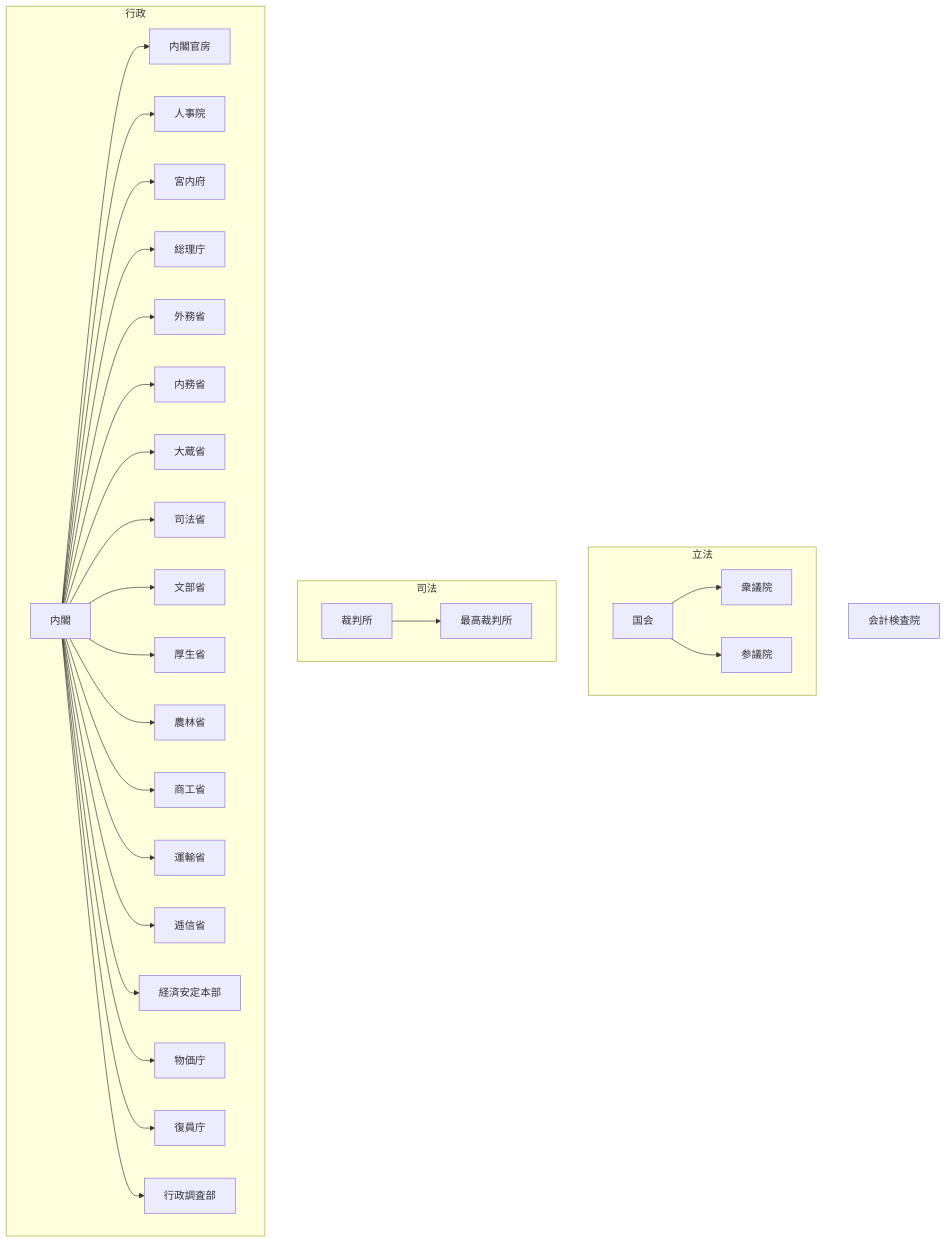
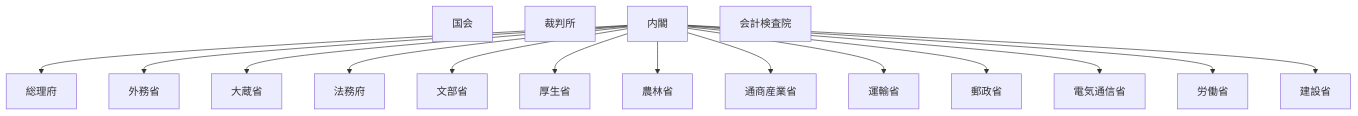
Before and after one commit to tatemaru/jp-admin-org-chart: the diagram in README.md, drawn with Mermaid. The commit also changed other lines of this file, not shown here.

Commit message:
feat(国家行政組織法): 通産省など戦後省庁の骨格を整備
根拠: 国家行政組織法関連再編
施行: 1949-06-01
出典: https://dl.ndl.go.jp/pid/8243529

種別: 再編
備考: 昭和24年再編を代表日付でまとめた概観
備考: Git日付制約のため AuthorDate/CommitDate は 1970-01-02

````diff
--- a/README.md
+++ b/README.md
@@ -9,34 +9,20 @@
 ```mermaid
 flowchart TB
-  subgraph rippo["立法"]
-    Diet["国会"]
-    Diet --> Shugi["衆議院"]
-    Diet --> Sangi["参議院"]
-  end
-  subgraph shihou["司法"]
-    Court["裁判所"]
-    Court --> Saiko["最高裁判所"]
-  end
-  subgraph gyosei["行政"]
-    Cab["内閣"]
-    Cab --> Kanbo["内閣官房"]
-    Cab --> Jinji["人事院"]
-    Cab --> Kunai["宮内府"]
-    Cab --> Soricho["総理庁"]
-    Cab --> Gaimu["外務省"]
-    Cab --> Naimu["内務省"]
-    Cab --> Okura["大蔵省"]
-    Cab --> Shiho["司法省"]
-    Cab --> Mombu["文部省"]
-    Cab --> Kosei["厚生省"]
-    Cab --> Norin["農林省"]
-    Cab --> Shoko["商工省"]
-    Cab --> Unyu["運輸省"]
-    Cab --> Teishin["逓信省"]
-    Cab --> Keizai["経済安定本部"]
-    Cab --> Bukka["物価庁"]
-    Cab --> Fukuin["復員庁"]
-    Cab --> GyoseiChosa["行政調査部"]
-  end
+  Diet["国会"]
+  Court["裁判所"]
+  Cab["内閣"]
+  Cab --> Sorifu["総理府"]
+  Cab --> Gaimu["外務省"]
+  Cab --> Okura["大蔵省"]
+  Cab --> Homu["法務府"]
+  Cab --> Mombu["文部省"]
+  Cab --> Kosei["厚生省"]
+  Cab --> Norin["農林省"]
+  Cab --> Tsusan["通商産業省"]
+  Cab --> Unyu["運輸省"]
+  Cab --> Yusei["郵政省"]
+  Cab --> Denshin["電気通信省"]
+  Cab --> Rodo["労働省"]
+  Cab --> Kensetsu["建設省"]
   Audit["会計検査院"]
 ```
````
